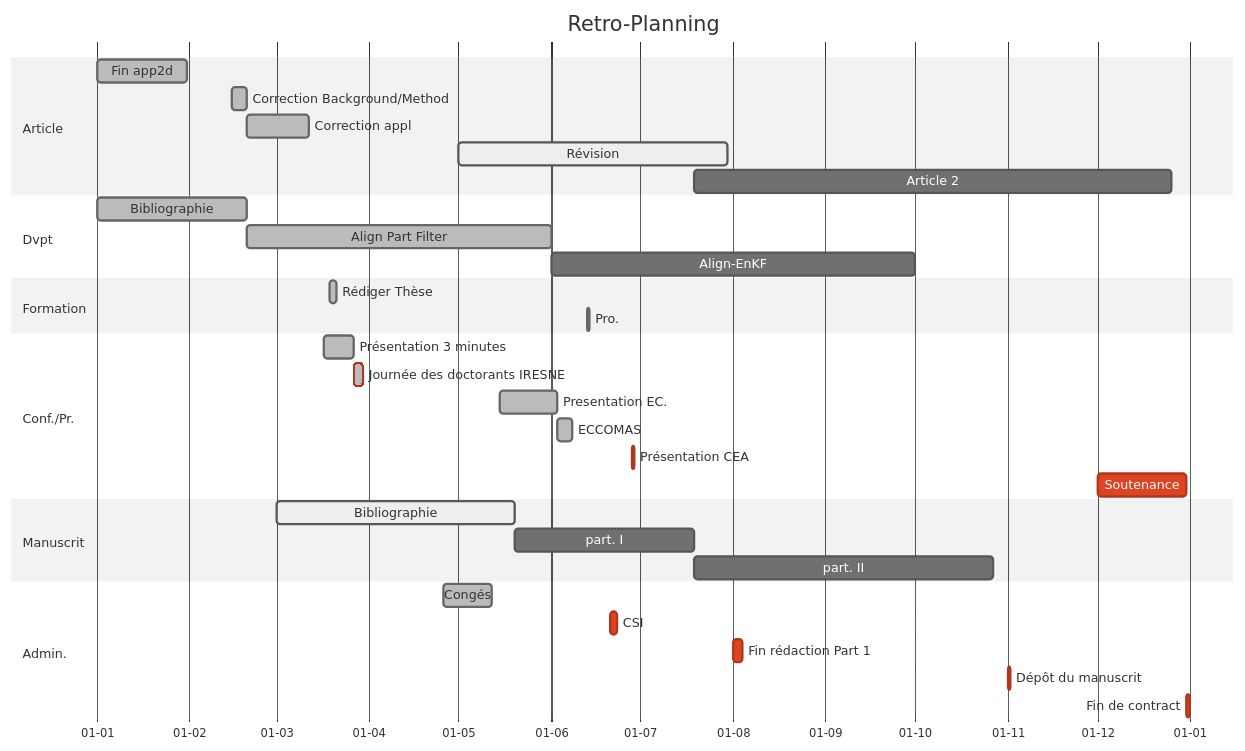
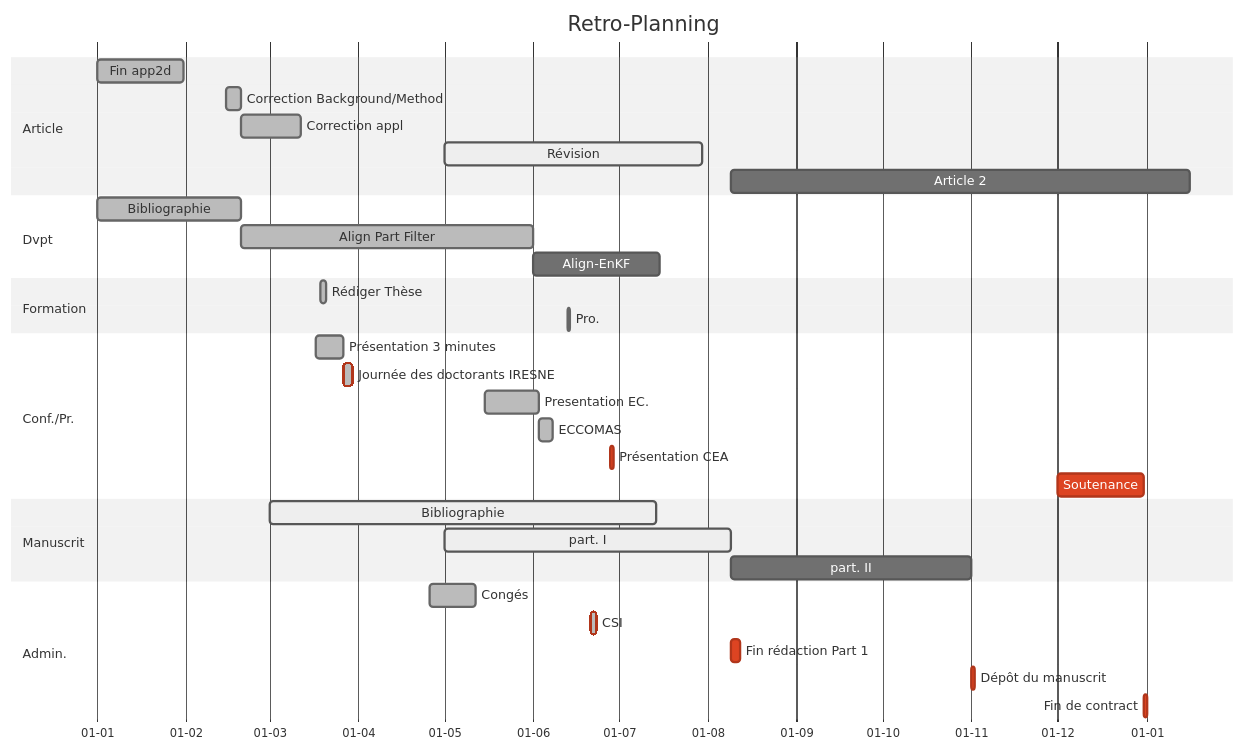
The diagram in organisation/reverse_planning.mmd (marius-duvillard/mar-dvd-thesis), drawn with Mermaid (neutral theme) before and after one commit. The commit also changed 596 other files, not shown here.

```diff
--- a/organisation/reverse_planning.mmd
+++ b/organisation/reverse_planning.mmd
@@ -1,38 +1,38 @@
 
 gantt
     title Retro-Planning
     dateFormat DD-MM-YYYY
     axisFormat %d-%m
     section Article
         Fin app2d: done, a0, 01-01-2024,30d
         Correction Background/Method: done,a1, 15-02-2024, 5d
         Correction appl:done,a2,after a1, 21d
         Révision: active, 01-05-2024, 90d
         Article 2: after a5, 160d 
 
     section Dvpt  
         Bibliographie: done,d1, 01-01-2024, 20-02-2024
         Align Part Filter: done, d2,after d1, 01-06-2024
-        Align-EnKF: after d2, 01-10-2024
+        Align-EnKF: after d2, 15-07-2024
 
     section Formation
         Rédiger Thèse: done, f1, 19-03-2024,21-03-2024
         Pro.: done, f2, 13-06-2024,1d
 
     section Conf./Pr.
         Présentation 3 minutes: done, p1, 17-03-2024, 10d
         Journée des doctorants IRESNE:done, crit, after p1, 27-03-2024, 3d
         Presentation EC.: done, p3, 15-05-2024, 03-06-2024
         ECCOMAS: done, 03-06-2024, 5d
         Présentation CEA: crit, 28-06-2024, 1d
         Soutenance: crit, 01-12-2024, 31-12-2024
     section Manuscrit
-        Bibliographie: active,a4, 01-03-2024, 80d
-        part. I: a5,after a4, 60d
-        part. II: after a5, 100d
+        Bibliographie: active,a4, 01-03-2024, 135d
+        part. I: active,a5, 01-05-2024, 09-08-2024
+        part. II: after a5, 84d
     section Admin.
         Congés: done,&d1, 26-04-2024, 12-05-2024
-        CSI: crit, 21-06-2024,2d
-        Fin rédaction Part 1: crit, 01-08-2024, 3d
+        CSI: done,crit, 21-06-2024,2d
+        Fin rédaction Part 1: crit, 09-08-2024, 3d
         Dépôt du manuscrit: crit, 01-11-2024, 0.5d
         Fin de contract: crit, 31-12-2024,0.5d
```
